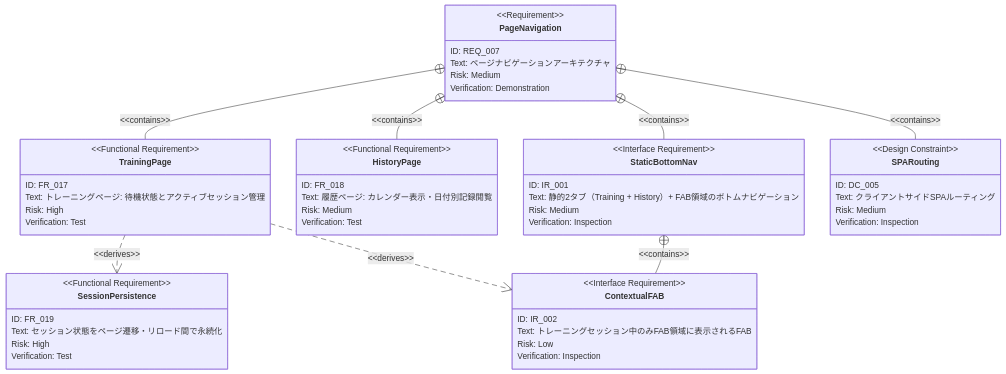
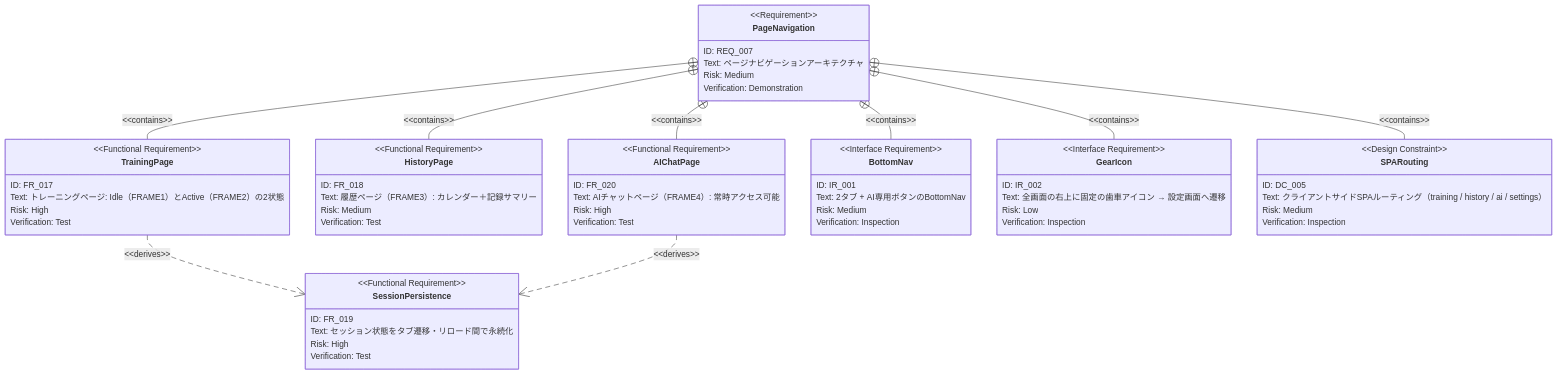
The second of 2 diagrams in .sdd/requirement/navigation.md (SakumaTakuya/gymini), drawn with Mermaid before and after one commit. The commit also changed other lines of this file and 9 other files, not shown here.

````diff
--- a/.sdd/requirement/navigation.md
+++ b/.sdd/requirement/navigation.md
@@ -168,60 +63,68 @@
 ```mermaid
 requirementDiagram
     requirement PageNavigation {
         id: REQ_007
         text: "ページナビゲーションアーキテクチャ"
         risk: medium
         verifymethod: demonstration
     }
 
     functionalRequirement TrainingPage {
         id: FR_017
-        text: "トレーニングページ: 待機状態とアクティブセッション管理"
+        text: "トレーニングページ: Idle（FRAME1）とActive（FRAME2）の2状態"
         risk: high
         verifymethod: test
     }
 
     functionalRequirement HistoryPage {
         id: FR_018
-        text: "履歴ページ: カレンダー表示・日付別記録閲覧"
+        text: "履歴ページ（FRAME3）: カレンダー＋記録サマリー"
         risk: medium
         verifymethod: test
     }
 
     functionalRequirement SessionPersistence {
         id: FR_019
-        text: "セッション状態をページ遷移・リロード間で永続化"
+        text: "セッション状態をタブ遷移・リロード間で永続化"
         risk: high
         verifymethod: test
     }
 
-    interfaceRequirement StaticBottomNav {
+    functionalRequirement AIChatPage {
+        id: FR_020
+        text: "AIチャットページ（FRAME4）: 常時アクセス可能"
+        risk: high
+        verifymethod: test
+    }
+
+    interfaceRequirement BottomNav {
         id: IR_001
-        text: "静的2タブ（Training + History）+ FAB領域のボトムナビゲーション"
+        text: "2タブ + AI専用ボタンのBottomNav"
         risk: medium
         verifymethod: inspection
     }
 
-    interfaceRequirement ContextualFAB {
+    interfaceRequirement GearIcon {
         id: IR_002
-        text: "トレーニングセッション中のみFAB領域に表示されるFAB"
+        text: "全画面の右上に固定の歯車アイコン → 設定画面へ遷移"
         risk: low
         verifymethod: inspection
     }
 
     designConstraint SPARouting {
         id: DC_005
-        text: "クライアントサイドSPAルーティング"
+        text: "クライアントサイドSPAルーティング（training / history / ai / settings）"
         risk: medium
         verifymethod: inspection
     }
 
     PageNavigation - contains -> TrainingPage
     PageNavigation - contains -> HistoryPage
-    PageNavigation - contains -> StaticBottomNav
+    PageNavigation - contains -> AIChatPage
+    PageNavigation - contains -> BottomNav
+    PageNavigation - contains -> GearIcon
     PageNavigation - contains -> SPARouting
 
     TrainingPage - derives -> SessionPersistence
-    TrainingPage - derives -> ContextualFAB
-    StaticBottomNav - contains -> ContextualFAB
+    AIChatPage - derives -> SessionPersistence
 ```
````
